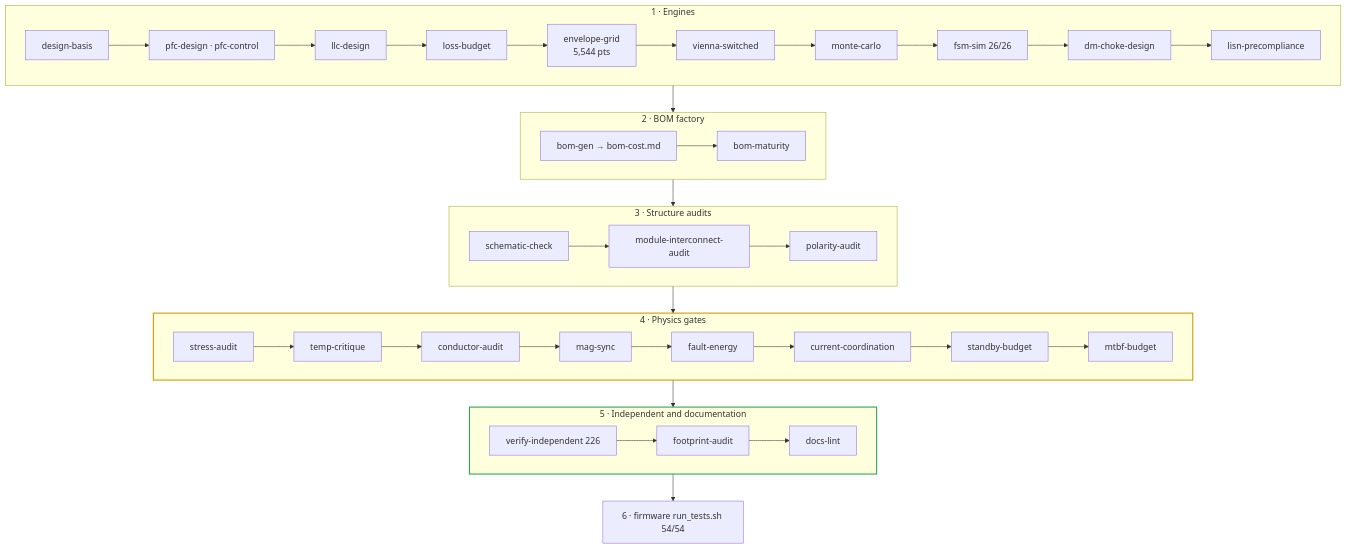
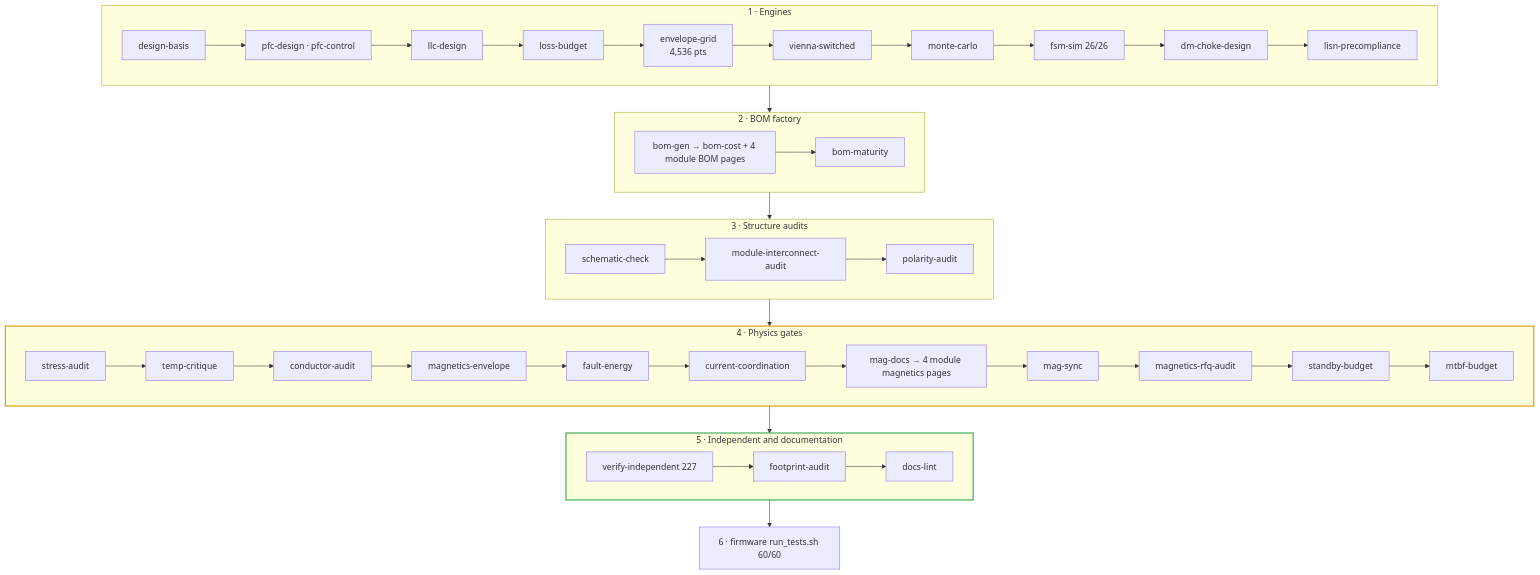
The first of 2 diagrams in calculations/README.md (vectivolt/DC-Modules), drawn with Mermaid before and after one commit. The commit also changed other lines of this file and 222 other files, not shown here.

````diff
--- a/calculations/README.md
+++ b/calculations/README.md
@@ -26,29 +26,29 @@
 ```mermaid
 flowchart TB
   subgraph ENG["1 · Engines"]
     direction LR
     DB["design-basis"] --> PFC["pfc-design · pfc-control"] --> LLC["llc-design"] --> LOSS["loss-budget"]
-    LOSS --> GRID["envelope-grid<br/>5,544 pts"] --> VS["vienna-switched"] --> MC["monte-carlo"] --> FSM["fsm-sim 26/26"]
+    LOSS --> GRID["envelope-grid<br/>4,536 pts"] --> VS["vienna-switched"] --> MC["monte-carlo"] --> FSM["fsm-sim 26/26"]
     FSM --> DM["dm-choke-design"] --> LISN["lisn-precompliance"]
   end
   subgraph BOM["2 · BOM factory"]
     direction LR
-    BG["bom-gen → bom-cost.md"] --> BM["bom-maturity"]
+    BG["bom-gen → bom-cost + 4 module BOM pages"] --> BM["bom-maturity"]
   end
   subgraph STR["3 · Structure audits"]
     direction LR
     SC["schematic-check"] --> MIA["module-interconnect-audit"] --> PA["polarity-audit"]
   end
   subgraph PHY["4 · Physics gates"]
     direction LR
-    SA["stress-audit"] --> TC["temp-critique"] --> CA["conductor-audit"] --> MS["mag-sync"] --> FE["fault-energy"] --> CC["current-coordination"] --> SBY["standby-budget"] --> MTB["mtbf-budget"]
+    SA["stress-audit"] --> TC["temp-critique"] --> CA["conductor-audit"] --> ME["magnetics-envelope"] --> FE["fault-energy"] --> CC["current-coordination"] --> MD["mag-docs → 4 module magnetics pages"] --> MS["mag-sync"] --> RFQ["magnetics-rfq-audit"] --> SBY["standby-budget"] --> MTB["mtbf-budget"]
   end
   subgraph IND["5 · Independent and documentation"]
     direction LR
-    VI["verify-independent 226"] --> FA["footprint-audit"] --> DL["docs-lint"]
+    VI["verify-independent 227"] --> FA["footprint-audit"] --> DL["docs-lint"]
   end
-  FW["6 · firmware run_tests.sh 54/54"]
+  FW["6 · firmware run_tests.sh 60/60"]
   ENG --> BOM --> STR --> PHY --> IND --> FW
   style PHY stroke:#d19a00,stroke-width:2px
   style IND stroke:#2ea44f,stroke-width:2px
 ```
````
